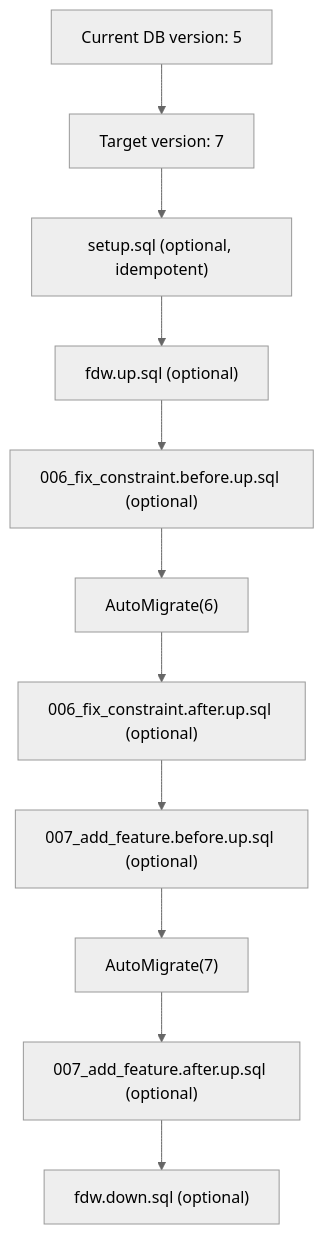
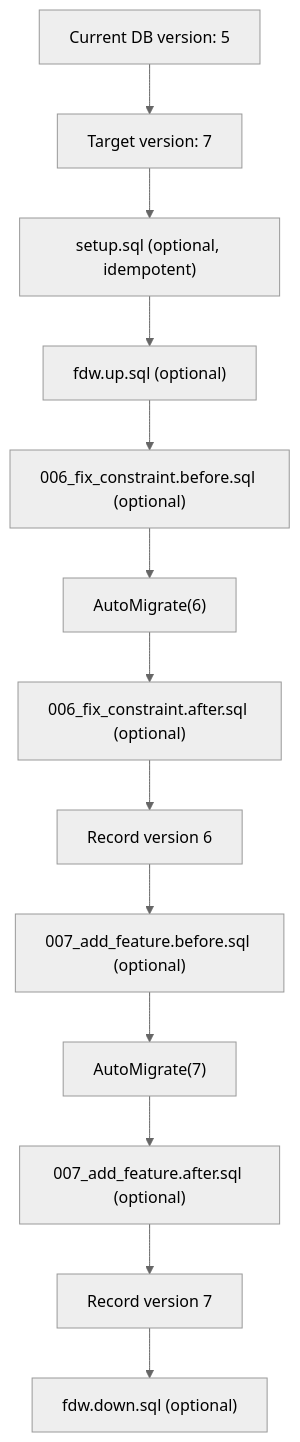
Before and after one commit to d4l-data4life/go-svc: the diagram in docs/migration-versioned-example-v5-to-v7.mmd, drawn with Mermaid (neutral theme). The commit also changed 9 other files, not shown here.

Commit message:
Refine versioned migration flow

```diff
--- a/docs/migration-versioned-example-v5-to-v7.mmd
+++ b/docs/migration-versioned-example-v5-to-v7.mmd
@@ -1,16 +1,18 @@
 flowchart TB
   %% Versioned Example: Current v5 -> Target v7
 
   B0["Current DB version: 5"] --> B1["Target version: 7"]
   B1 --> B2["setup.sql (optional, idempotent)"]
   B2 --> B3["fdw.up.sql (optional)"]
 
-  B3 --> V1["006_fix_constraint.before.up.sql (optional)"]
+  B3 --> V1["006_fix_constraint.before.sql (optional)"]
   V1 --> V2["AutoMigrate(6)"]
-  V2 --> V3["006_fix_constraint.after.up.sql (optional)"]
+  V2 --> V3["006_fix_constraint.after.sql (optional)"]
+  V3 --> V3b["Record version 6"]
 
-  V3 --> V4["007_add_feature.before.up.sql (optional)"]
+  V3b --> V4["007_add_feature.before.sql (optional)"]
   V4 --> V5["AutoMigrate(7)"]
-  V5 --> V6["007_add_feature.after.up.sql (optional)"]
+  V5 --> V6["007_add_feature.after.sql (optional)"]
+  V6 --> V6b["Record version 7"]
 
-  V6 --> B4["fdw.down.sql (optional)"]
+  V6b --> B4["fdw.down.sql (optional)"]
```
